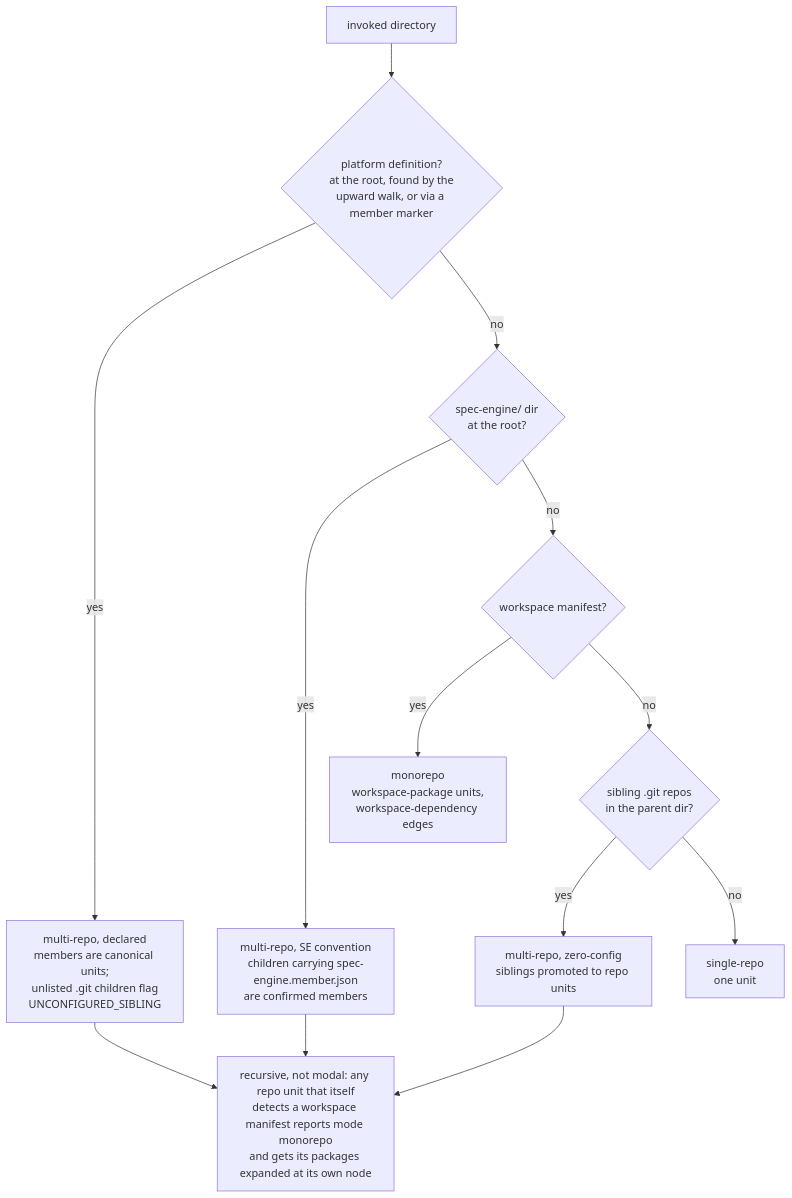
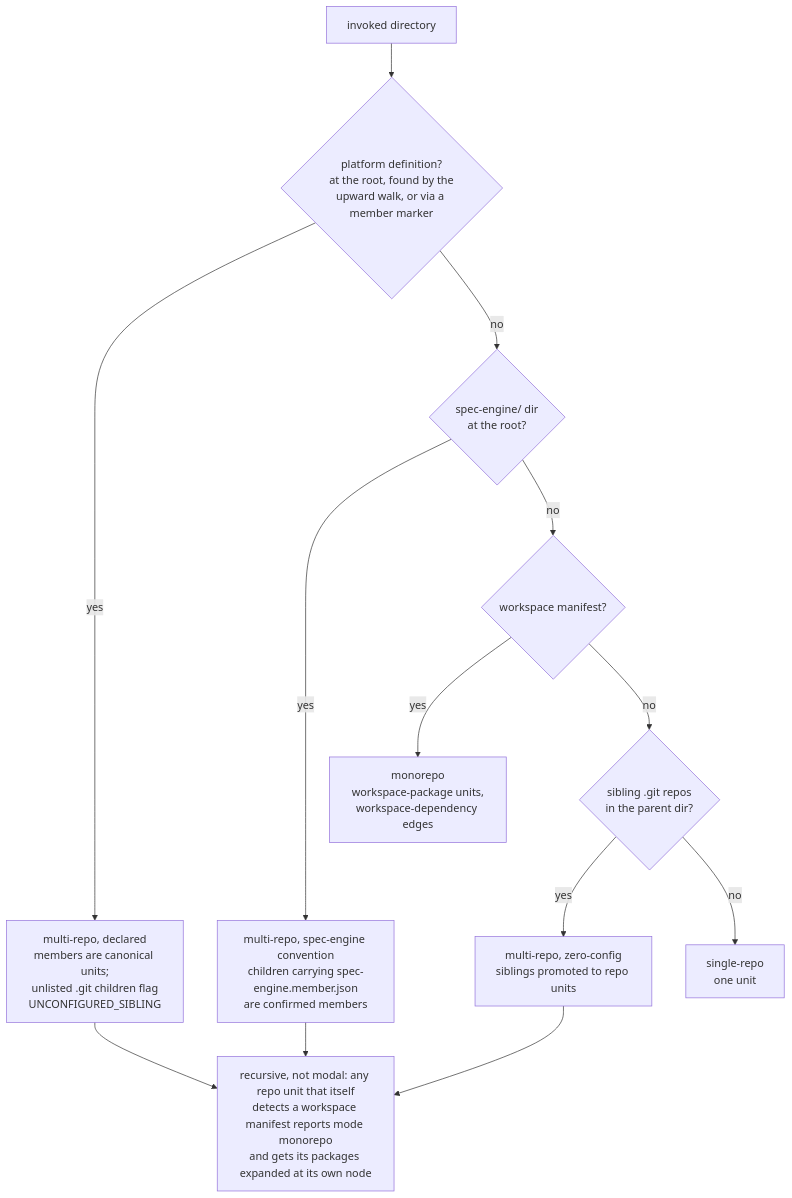
The second of 2 diagrams in docs/architecture.md (spec-engine/platform-map), drawn with Mermaid before and after one commit. The commit also changed other lines of this file and 3 other files, not shown here.

````diff
--- a/docs/architecture.md
+++ b/docs/architecture.md
@@ -68,16 +69,16 @@
 ```mermaid
 flowchart TD
   S["invoked directory"] --> Q1{"platform definition?<br/>at the root, found by the<br/>upward walk, or via a member marker"}
   Q1 -->|yes| MR1["multi-repo, declared<br/>members are canonical units;<br/>unlisted .git children flag<br/>UNCONFIGURED_SIBLING"]
   Q1 -->|no| Q2{"spec-engine/ dir<br/>at the root?"}
-  Q2 -->|yes| MR2["multi-repo, SE convention<br/>children carrying spec-engine.member.json<br/>are confirmed members"]
+  Q2 -->|yes| MR2["multi-repo, spec-engine convention<br/>children carrying spec-engine.member.json<br/>are confirmed members"]
   Q2 -->|no| Q3{"workspace manifest?"}
   Q3 -->|yes| MONO["monorepo<br/>workspace-package units,<br/>workspace-dependency edges"]
   Q3 -->|no| Q4{"sibling .git repos<br/>in the parent dir?"}
   Q4 -->|yes| MR3["multi-repo, zero-config<br/>siblings promoted to repo units"]
   Q4 -->|no| SINGLE["single-repo<br/>one unit"]
 
   MR1 --> NEST["recursive, not modal: any repo unit that itself<br/>detects a workspace manifest reports mode monorepo<br/>and gets its packages expanded at its own node"]
   MR2 --> NEST
   MR3 --> NEST
 ```
````
